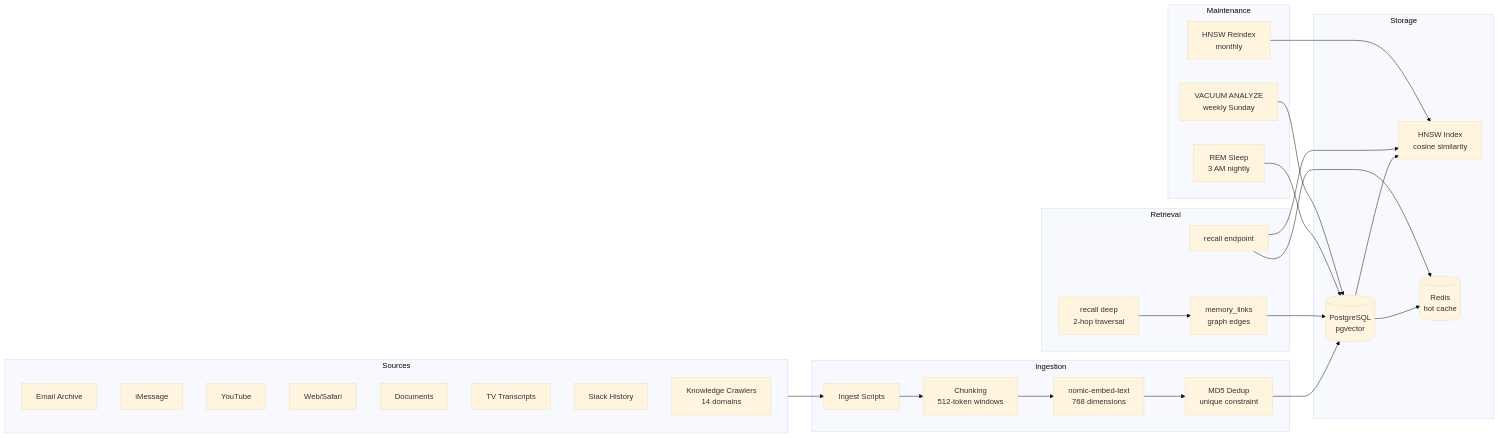
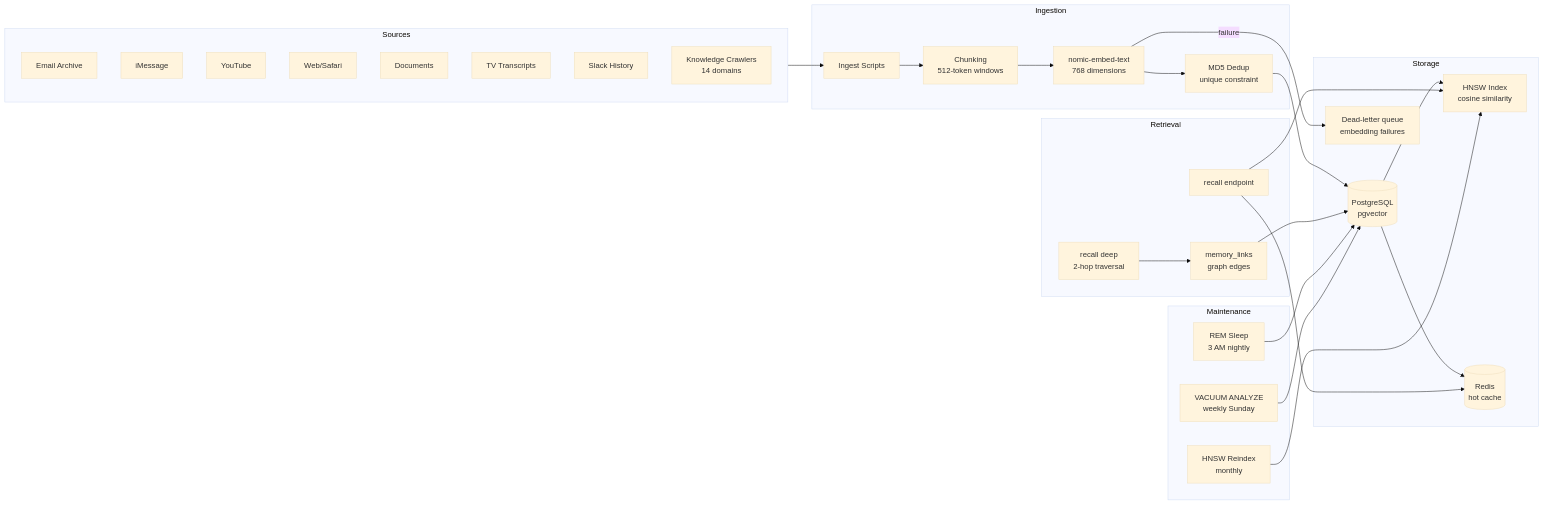
One commit to kochj23/nova changed the fifth of 10 diagrams in README.md. Above: the diagram before and after it, drawn with Mermaid (base theme). The commit also changed other lines of this file and 61 other files, not shown here.

````diff
--- a/README.md
+++ b/README.md
@@ -437,49 +517,51 @@
 ```mermaid
 flowchart LR
     subgraph Sources
         Email[Email Archive]
         iMsg[iMessage]
         YT[YouTube]
         Web[Web/Safari]
         Docs[Documents]
         TV[TV Transcripts]
         Slack[Slack History]
         Wiki[Knowledge Crawlers<br/>14 domains]
     end
 
     subgraph Ingestion
         Ingest[Ingest Scripts]
         Chunk[Chunking<br/>512-token windows]
         Embed[nomic-embed-text<br/>768 dimensions]
         Dedup[MD5 Dedup<br/>unique constraint]
     end
 
     subgraph Storage
         PG[(PostgreSQL<br/>pgvector)]
         HNSW[HNSW Index<br/>cosine similarity]
         Redis[(Redis<br/>hot cache)]
+        DLQ[Dead-letter queue<br/>embedding failures]
     end
 
     subgraph Retrieval
         Recall["recall endpoint"]
         Deep["recall deep<br/>2-hop traversal"]
         Links["memory_links<br/>graph edges"]
     end
 
     subgraph Maintenance
         REM[REM Sleep<br/>3 AM nightly]
         Vacuum[VACUUM ANALYZE<br/>weekly Sunday]
         Reindex[HNSW Reindex<br/>monthly]
     end
 
     Sources --> Ingest
     Ingest --> Chunk --> Embed --> Dedup --> PG
+    Embed -->|failure| DLQ
     PG --> HNSW
     PG --> Redis
     Recall --> Redis
     Recall --> HNSW
     Deep --> Links --> PG
     REM --> PG
     Vacuum --> PG
     Reindex --> HNSW
 ```
````
